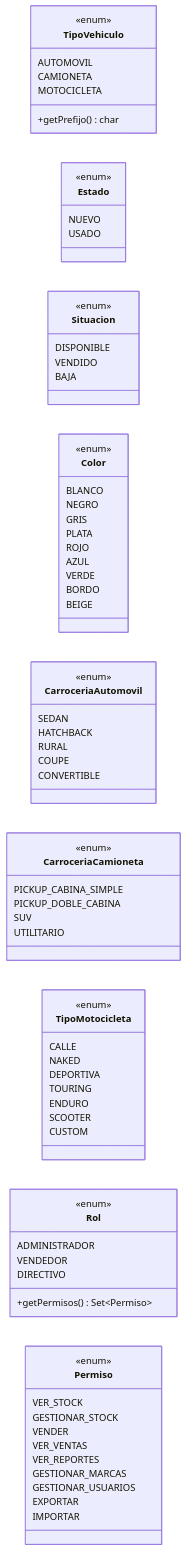
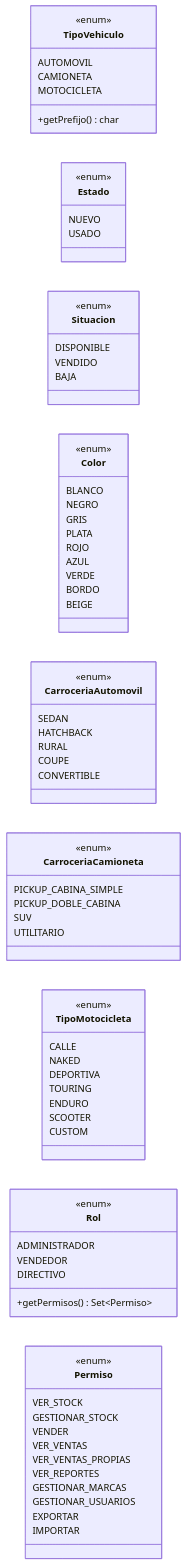
One commit to BalbianoLuciano/tfi-concesionaria-multimarca changed the second of 4 diagrams in docs/MODELO.md. Above: the diagram before and after it, drawn with Mermaid. The commit also changed other lines of this file and 43 other files, not shown here.

````diff
--- a/docs/MODELO.md
+++ b/docs/MODELO.md
@@ -127,78 +127,79 @@
 ```mermaid
 classDiagram
     direction LR
     class TipoVehiculo {
         <<enum>>
         AUTOMOVIL
         CAMIONETA
         MOTOCICLETA
         +getPrefijo() char
     }
     class Estado {
         <<enum>>
         NUEVO
         USADO
     }
     class Situacion {
         <<enum>>
         DISPONIBLE
         VENDIDO
         BAJA
     }
     class Color {
         <<enum>>
         BLANCO
         NEGRO
         GRIS
         PLATA
         ROJO
         AZUL
         VERDE
         BORDO
         BEIGE
     }
     class CarroceriaAutomovil {
         <<enum>>
         SEDAN
         HATCHBACK
         RURAL
         COUPE
         CONVERTIBLE
     }
     class CarroceriaCamioneta {
         <<enum>>
         PICKUP_CABINA_SIMPLE
         PICKUP_DOBLE_CABINA
         SUV
         UTILITARIO
     }
     class TipoMotocicleta {
         <<enum>>
         CALLE
         NAKED
         DEPORTIVA
         TOURING
         ENDURO
         SCOOTER
         CUSTOM
     }
     class Rol {
         <<enum>>
         ADMINISTRADOR
         VENDEDOR
         DIRECTIVO
         +getPermisos() Set~Permiso~
     }
     class Permiso {
         <<enum>>
         VER_STOCK
         GESTIONAR_STOCK
         VENDER
         VER_VENTAS
+        VER_VENTAS_PROPIAS
         VER_REPORTES
         GESTIONAR_MARCAS
         GESTIONAR_USUARIOS
         EXPORTAR
         IMPORTAR
     }
 ```
````
